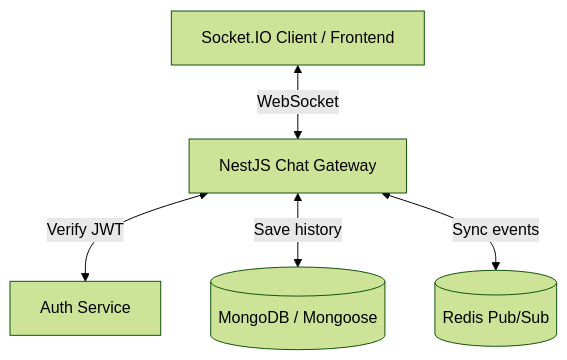
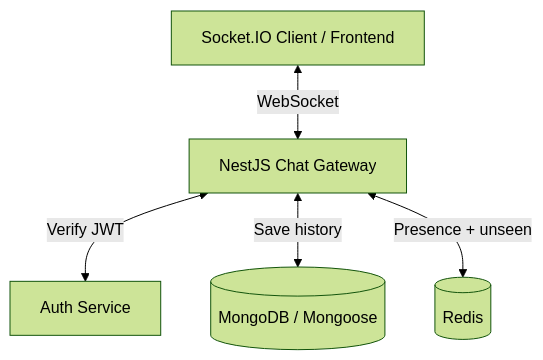
The diagram in docs/plan.md (quanvu201120/Learn-NestJS), drawn with Mermaid (forest theme) before and after one commit. The commit also changed other lines of this file and 18 other files, not shown here.

First line of the commit message:
feat(realtime): add unseen conversation flow for sidebar

````diff
--- a/docs/plan.md
+++ b/docs/plan.md
@@ -12,7 +13,7 @@
 ```mermaid
 graph TD
     Client[Socket.IO Client / Frontend] <-->|WebSocket| Gateway[NestJS Chat Gateway]
     Gateway <-->|Verify JWT| AuthService[Auth Service]
     Gateway <-->|Save history| MongoDB[(MongoDB / Mongoose)]
-    Gateway <-->|Sync events| Redis[(Redis Pub/Sub)]
+    Gateway <-->|Presence + unseen| Redis[(Redis)]
 ```
````
